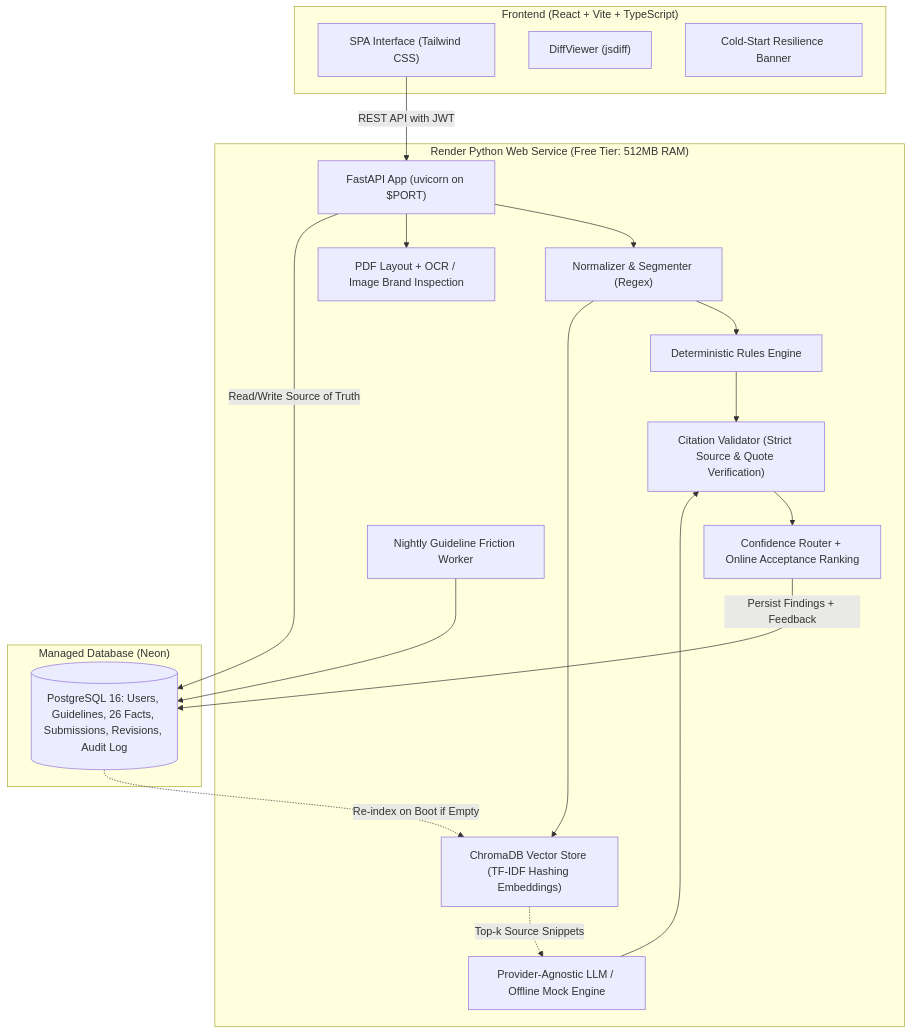
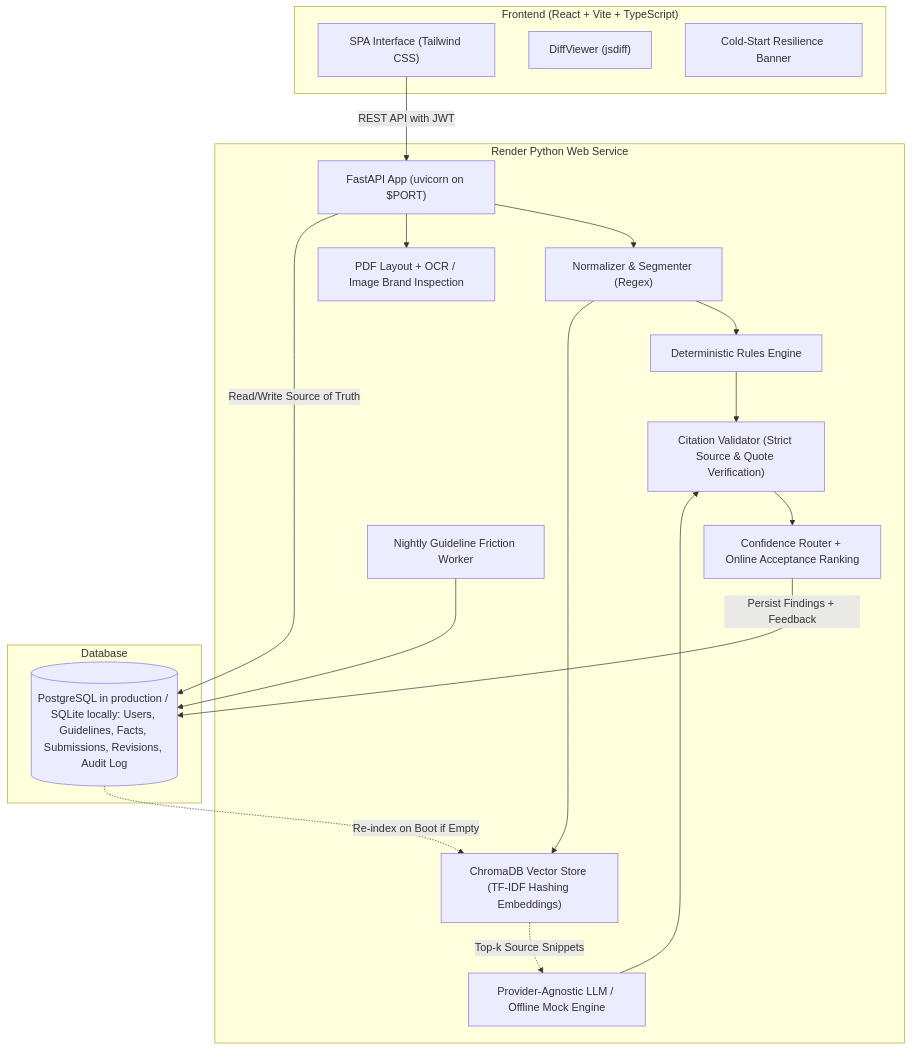
The diagram in README.md (shwetarahate13/BrandGuard), drawn with Mermaid before and after one commit. The commit also changed other lines of this file and 6 other files, not shown here.

````diff
--- a/README.md
+++ b/README.md
@@ -14,37 +14,37 @@
 ```mermaid
 flowchart TD
     subgraph Client["Frontend (React + Vite + TypeScript)"]
         UI["SPA Interface (Tailwind CSS)"]
         DIFF["DiffViewer (jsdiff)"]
         COLD["Cold-Start Resilience Banner"]
     end
 
-    subgraph Service["Render Python Web Service (Free Tier: 512MB RAM)"]
+    subgraph Service["Render Python Web Service"]
         FASTAPI["FastAPI App (uvicorn on $PORT)"]
         NORM["Normalizer & Segmenter (Regex)"]
         RULES["Deterministic Rules Engine"]
         CHROMA["ChromaDB Vector Store (TF-IDF Hashing Embeddings)"]
         LLM["Provider-Agnostic LLM / Offline Mock Engine"]
         VAL["Citation Validator (Strict Source & Quote Verification)"]
         CONF["Confidence Router + Online Acceptance Ranking"]
         MEDIA["PDF Layout + OCR / Image Brand Inspection"]
         DFI["Nightly Guideline Friction Worker"]
     end
 
-    subgraph Storage["Managed Database (Neon)"]
-        PG[("PostgreSQL 16: Users, Guidelines, 26 Facts, Submissions, Revisions, Audit Log")]
+    subgraph Storage["Database"]
+        PG[("PostgreSQL in production / SQLite locally: Users, Guidelines, Facts, Submissions, Revisions, Audit Log")]
     end
 
     UI -->|REST API with JWT| FASTAPI
     FASTAPI --> NORM
     FASTAPI --> MEDIA
     DFI --> PG
     NORM --> RULES
     NORM --> CHROMA
     CHROMA -.->|Top-k Source Snippets| LLM
     RULES & LLM --> VAL
     VAL --> CONF
     CONF -->|Persist Findings + Feedback| PG
     FASTAPI -->|Read/Write Source of Truth| PG
     PG -.->|Re-index on Boot if Empty| CHROMA
 ```
````
